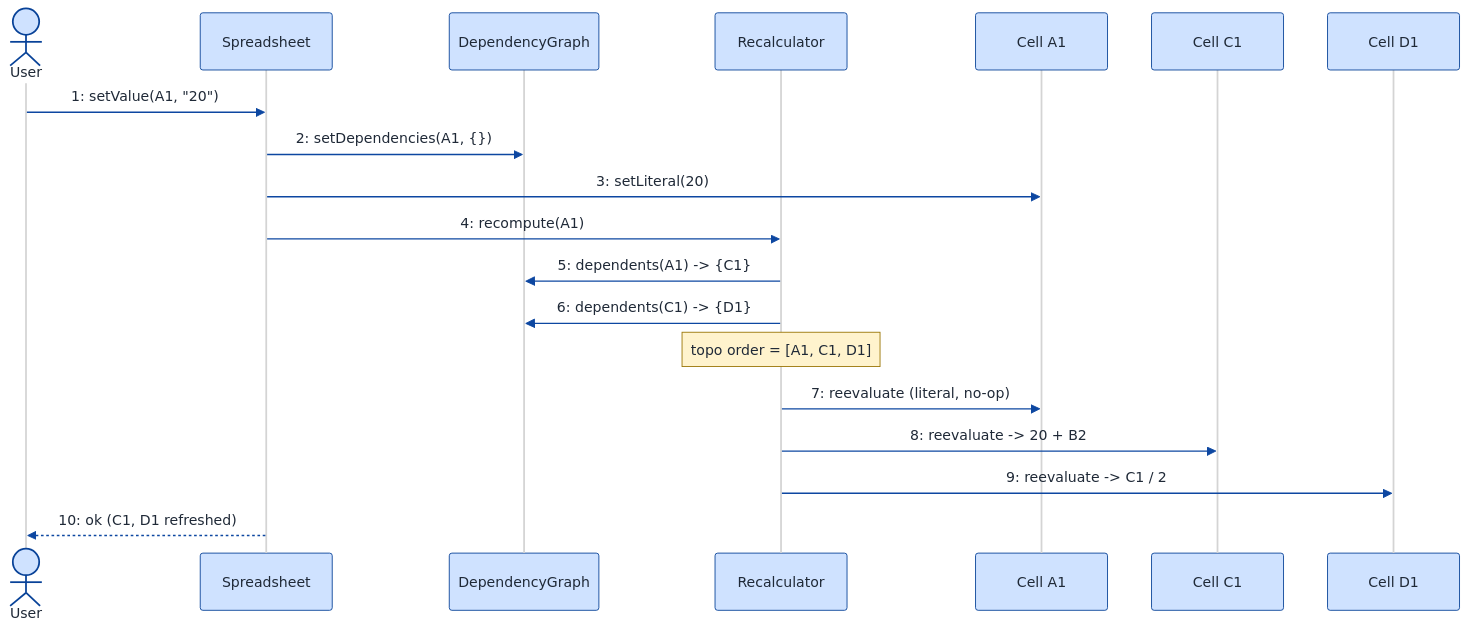
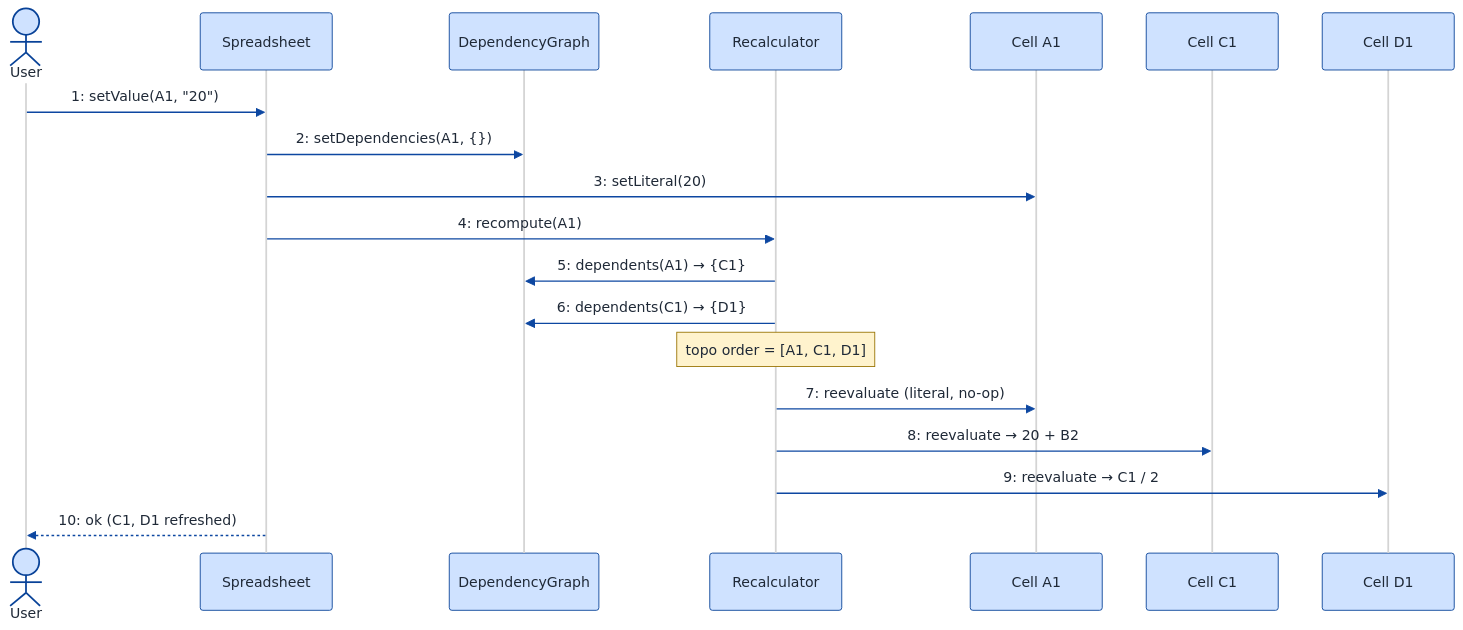
Before and after one commit to Prateek-5/question-bank: the eighth of 9 diagrams in LLD/Topics/Observer_Pattern/Spreadsheet_Application.md, drawn with Mermaid. The commit also changed other lines of this file and 11 other files, not shown here.

First line of the commit message:
Fix sequenceDiagram parse error: arrow tokens in message text and Note bodies

````diff
--- a/LLD/Topics/Observer_Pattern/Spreadsheet_Application.md
+++ b/LLD/Topics/Observer_Pattern/Spreadsheet_Application.md
@@ -1284,53 +1284,53 @@
 ```mermaid
 ---
 config:
   theme: neutral
   themeVariables:
     background: '#ffffff'
     primaryColor: '#cfe2ff'
     primaryTextColor: '#1f2937'
     primaryBorderColor: '#084298'
     secondaryColor: '#fff3cd'
     secondaryTextColor: '#1f2937'
     secondaryBorderColor: '#664d03'
     tertiaryColor: '#d1e7dd'
     tertiaryTextColor: '#1f2937'
     tertiaryBorderColor: '#0a3622'
     lineColor: '#0d47a1'
     textColor: '#1f2937'
     noteBkgColor: '#fff3cd'
     noteTextColor: '#1f2937'
     noteBorderColor: '#997404'
     actorBkg: '#cfe2ff'
     actorBorder: '#084298'
     actorTextColor: '#1f2937'
     signalColor: '#0d47a1'
     signalTextColor: '#1f2937'
     labelBoxBkgColor: '#ffffff'
     labelBoxBorderColor: '#d3d3d3'
     labelTextColor: '#1f2937'
     edgeLabelBackground: '#ffffff'
     labelBackground: '#ffffff'
     classText: '#1f2937'
     fontFamily: 'system-ui, -apple-system, Segoe UI, Helvetica, Arial, sans-serif'
 ---
 sequenceDiagram
   actor User
   participant Sheet as Spreadsheet
   participant Graph as DependencyGraph
   participant Recalc as Recalculator
   participant A1 as Cell A1
   participant C1 as Cell C1
   participant D1 as Cell D1
   User->>Sheet: 1: setValue(A1, "20")
   Sheet->>Graph: 2: setDependencies(A1, {})
   Sheet->>A1: 3: setLiteral(20)
   Sheet->>Recalc: 4: recompute(A1)
-  Recalc->>Graph: 5: dependents(A1) -> {C1}
-  Recalc->>Graph: 6: dependents(C1) -> {D1}
+  Recalc->>Graph: 5: dependents(A1) → {C1}
+  Recalc->>Graph: 6: dependents(C1) → {D1}
   Note over Recalc: topo order = [A1, C1, D1]
   Recalc->>A1: 7: reevaluate (literal, no-op)
-  Recalc->>C1: 8: reevaluate -> 20 + B2
-  Recalc->>D1: 9: reevaluate -> C1 / 2
+  Recalc->>C1: 8: reevaluate → 20 + B2
+  Recalc->>D1: 9: reevaluate → C1 / 2
   Sheet-->>User: 10: ok (C1, D1 refreshed)
 ```
````
